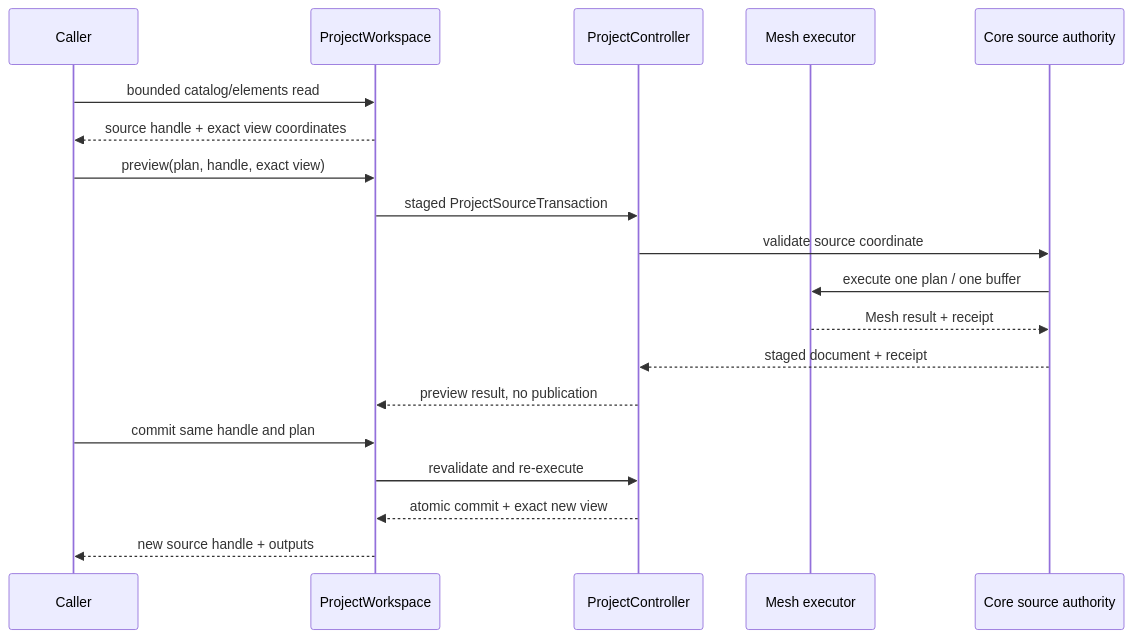
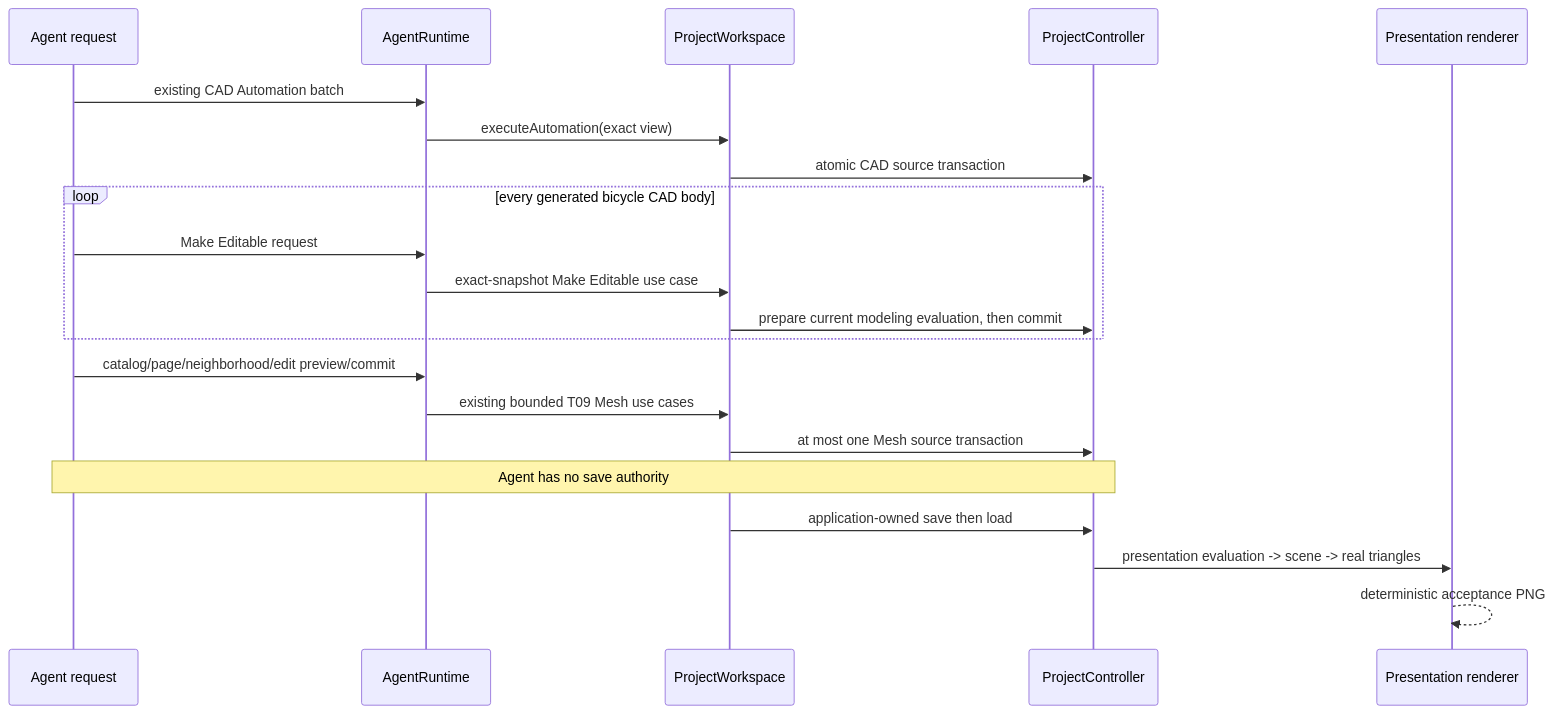
The second of 2 diagrams in DESIGN.md (1amageek/Rupa), drawn with Mermaid before and after one commit. The commit also changed other lines of this file and 7 other files, not shown here.

Commit message:
Define Agent project geometry integration

````diff
--- a/DESIGN.md
+++ b/DESIGN.md
@@ -121,22 +76,23 @@
 ```mermaid
 sequenceDiagram
-    participant U as Caller
+    participant A as Agent request
+    participant R as AgentRuntime
     participant W as ProjectWorkspace
     participant P as ProjectController
-    participant G as Mesh executor
-    participant C as Core source authority
-
-    U->>W: bounded catalog/elements read
-    W-->>U: source handle + exact view coordinates
-    U->>W: preview(plan, handle, exact view)
-    W->>P: staged ProjectSourceTransaction
-    P->>C: validate source coordinate
-    C->>G: execute one plan / one buffer
-    G-->>C: Mesh result + receipt
-    C-->>P: staged document + receipt
-    P-->>W: preview result, no publication
-    U->>W: commit same handle and plan
-    W->>P: revalidate and re-execute
-    P-->>W: atomic commit + exact new view
-    W-->>U: new source handle + outputs
+    participant V as Presentation renderer
+    A->>R: existing CAD Automation batch
+    R->>W: executeAutomation(exact view)
+    W->>P: atomic CAD source transaction
+    loop every generated bicycle CAD body
+        A->>R: Make Editable request
+        R->>W: exact-snapshot Make Editable use case
+        W->>P: prepare current modeling evaluation, then commit
+    end
+    A->>R: catalog/page/neighborhood/edit preview/commit
+    R->>W: existing bounded T09 Mesh use cases
+    W->>P: at most one Mesh source transaction
+    Note over A,P: Agent has no save authority
+    W->>P: application-owned save then load
+    P->>V: presentation evaluation -> scene -> real triangles
+    V-->>V: deterministic acceptance PNG
 ```
````
